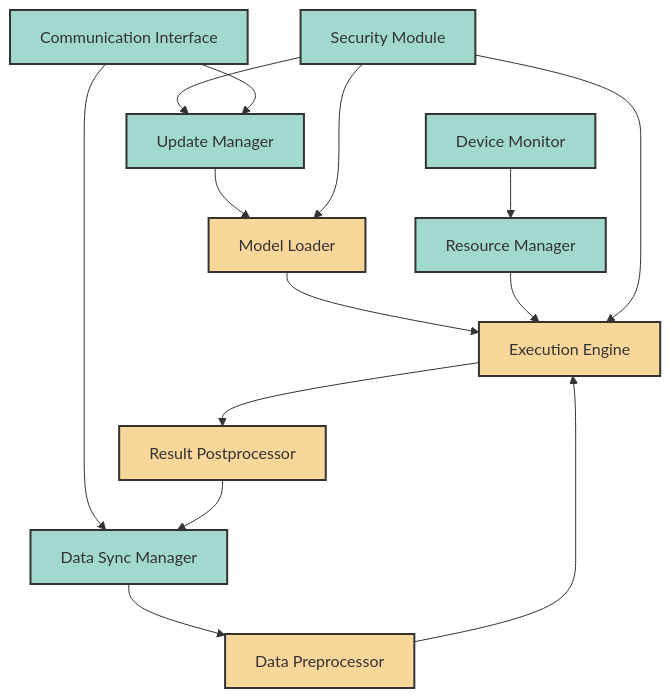
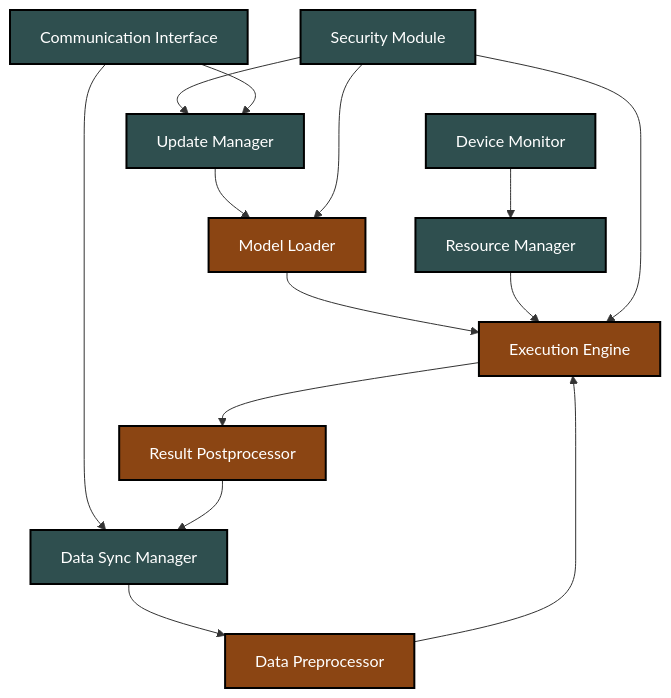
The diagram in crates/edge-runtime/README.md (doziestar/EdgeAIForge), drawn with Mermaid before and after one commit.

````diff
--- a/crates/edge-runtime/README.md
+++ b/crates/edge-runtime/README.md
@@ -9,22 +9,22 @@
 ```mermaid
 graph TB
     A[Model Loader] --> B[Execution Engine]
     C[Data Preprocessor] --> B
     B --> D[Result Postprocessor]
     E[Device Monitor] --> F[Resource Manager]
     F --> B
     G[Update Manager] --> A
     H[Security Module] --> A
     H --> B
     H --> G
     I[Communication Interface] --> G
     I --> J[Data Sync Manager]
     J --> C
     D --> J
 
-    classDef core fill:#f9d79b,stroke:#333,stroke-width:2px;
-    classDef auxiliary fill:#a2d9ce,stroke:#333,stroke-width:2px;
+    classDef core fill:#8B4513,stroke:#000,stroke-width:2px,color:#fff;
+    classDef auxiliary fill:#2F4F4F,stroke:#000,stroke-width:2px,color:#fff;
 
     class A,B,C,D core;
     class E,F,G,H,I,J auxiliary;
 ```
````
